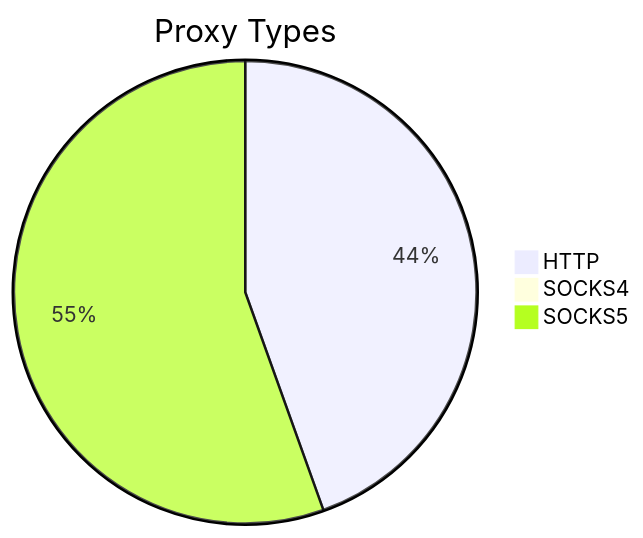
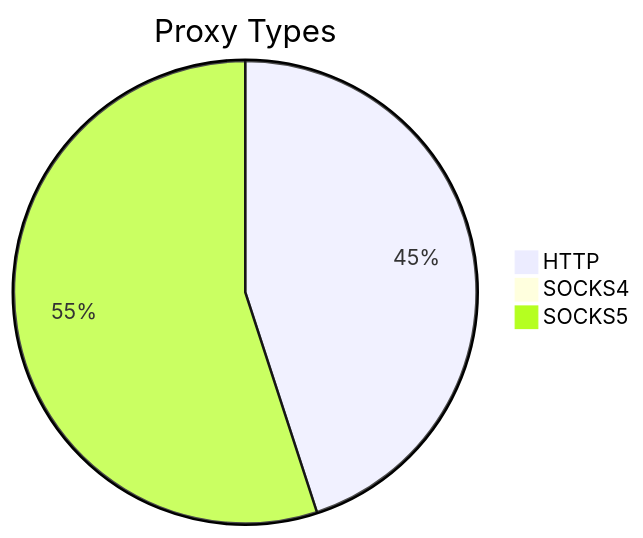
Before and after one commit to stormsia/proxy-list: the first of 2 diagrams in README.md, drawn with Mermaid. The commit also changed other lines of this file, not shown here.

````diff
--- a/README.md
+++ b/README.md
@@ -21,6 +21,6 @@
 ```mermaid
 pie title Proxy Types
-    "HTTP" : 1352
-    "SOCKS4" : 22
-    "SOCKS5" : 1685
+    "HTTP" : 1933
+    "SOCKS4" : 32
+    "SOCKS5" : 2364
 ```
````
